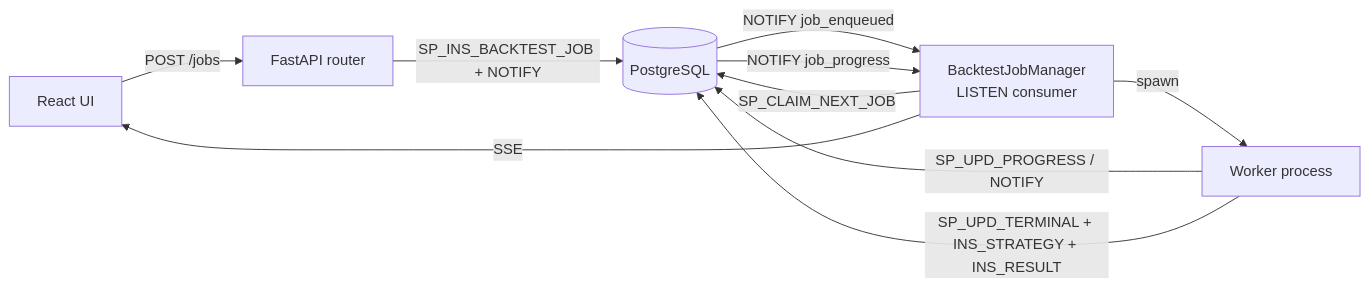
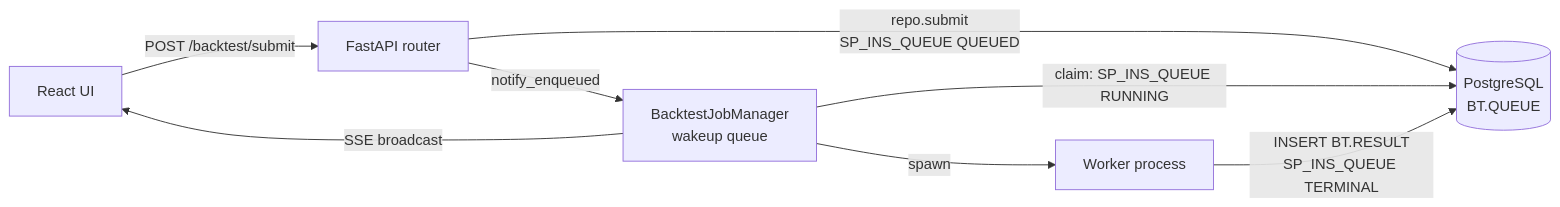
Before and after one commit to alfred1123/Quant_Strategies: the diagram in docs/design/backtest-queue.md, drawn with Mermaid. The commit also changed other lines of this file and 7 other files, not shown here.

Commit message:
further progress for queue

````diff
--- a/docs/design/backtest-queue.md
+++ b/docs/design/backtest-queue.md
@@ -89,12 +89,10 @@
 ```mermaid
 flowchart LR
-    UI[React UI] -->|POST /jobs| API[FastAPI router]
-    API -->|SP_INS_BACKTEST_JOB + NOTIFY| DB[(PostgreSQL)]
-    DB -->|NOTIFY job_enqueued| Mgr[BacktestJobManager<br/>LISTEN consumer]
-    Mgr -->|SP_CLAIM_NEXT_JOB| DB
+    UI[React UI] -->|POST /backtest/submit| API[FastAPI router]
+    API -->|repo.submit<br/>SP_INS_QUEUE QUEUED| DB[(PostgreSQL<br/>BT.QUEUE)]
+    API -->|notify_enqueued| Mgr[BacktestJobManager<br/>wakeup queue]
+    Mgr -->|claim: SP_INS_QUEUE RUNNING| DB
     Mgr -->|spawn| Worker[Worker process]
-    Worker -->|SP_UPD_PROGRESS / NOTIFY| DB
-    Worker -->|SP_UPD_TERMINAL + INS_STRATEGY + INS_RESULT| DB
-    DB -->|NOTIFY job_progress| Mgr
-    Mgr -->|SSE| UI
+    Worker -->|INSERT BT.RESULT<br/>SP_INS_QUEUE TERMINAL| DB
+    Mgr -->|SSE broadcast| UI
 ```
````
